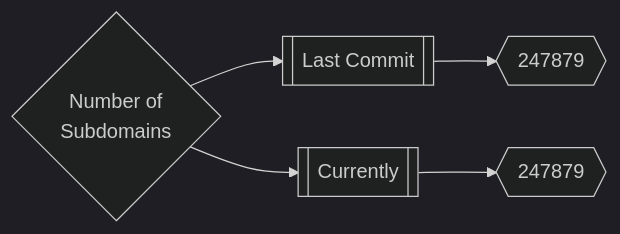
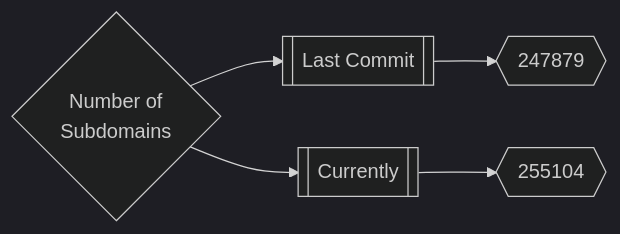
The first of 3 diagrams in README.md (trickest/inventory), drawn with Mermaid (dark theme) before and after one commit. The commit also changed other lines of this file and 143 other files, not shown here.

````diff
--- a/README.md
+++ b/README.md
@@ -165,5 +165,5 @@
 ```mermaid
 graph LR
 title{Number of<br>Subdomains} --> subdomainsDate1[[Last Commit]] --> subdomainsNum1{{247879}}
-title --> subdomainsDate2[[Currently]] --> subdomainsNum2{{247879}}
+title --> subdomainsDate2[[Currently]] --> subdomainsNum2{{255104}}
 ```
````
